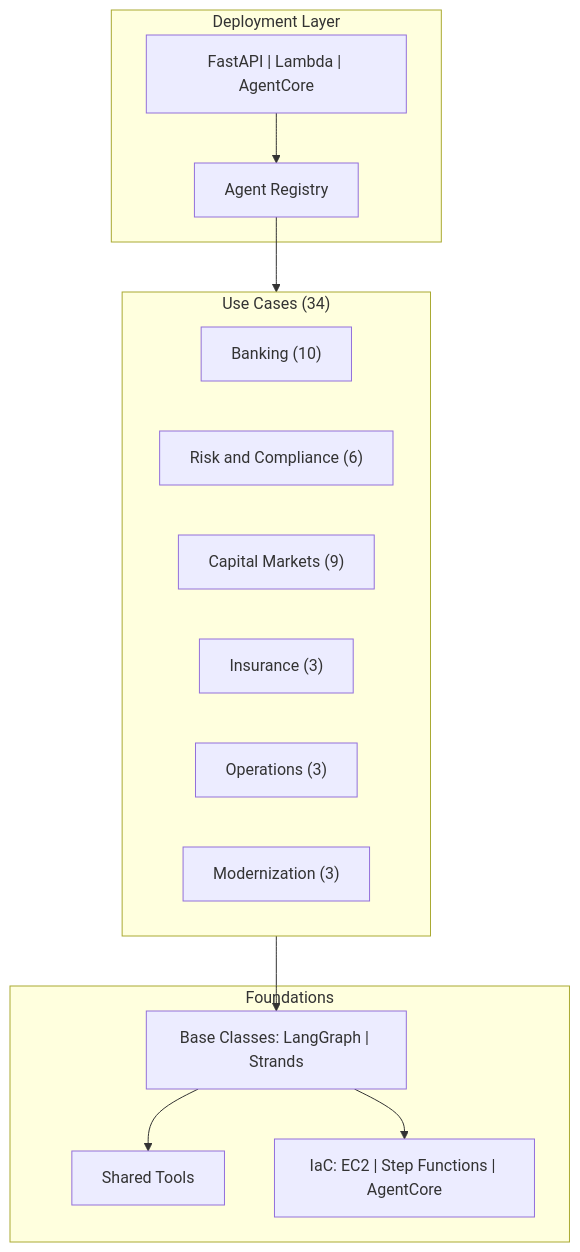
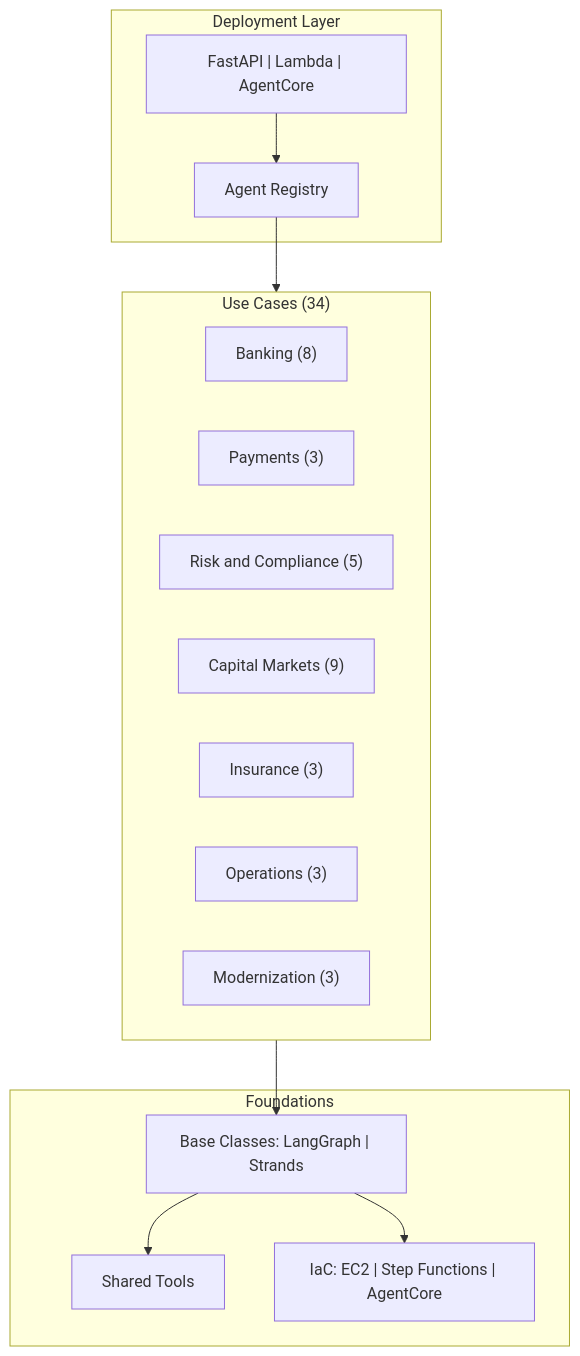
Before and after one commit to cevoaustralia/sample-agentic-value-accelerator: the diagram in applications/fsi_foundry/README.md, drawn with Mermaid. The commit also changed other lines of this file and 69 other files, not shown here.

````diff
--- a/applications/fsi_foundry/README.md
+++ b/applications/fsi_foundry/README.md
@@ -14,28 +14,29 @@
 ```mermaid
 graph TB
     subgraph Deployment["Deployment Layer"]
         Adapters["FastAPI | Lambda | AgentCore"]
         Registry[Agent Registry]
         Adapters --> Registry
     end
 
     subgraph UseCases["Use Cases (34)"]
-        Banking["Banking (10)"]
-        Risk["Risk and Compliance (6)"]
+        Banking["Banking (8)"]
+        Payments["Payments (3)"]
+        Risk["Risk and Compliance (5)"]
         Capital["Capital Markets (9)"]
         Insurance["Insurance (3)"]
         Ops["Operations (3)"]
         Mod["Modernization (3)"]
     end
 
     subgraph Foundations["Foundations"]
         Base["Base Classes: LangGraph | Strands"]
         Tools["Shared Tools"]
         IaC["IaC: EC2 | Step Functions | AgentCore"]
     end
 
     Registry --> UseCases
     UseCases --> Base
     Base --> Tools
     Base --> IaC
 ```
````
